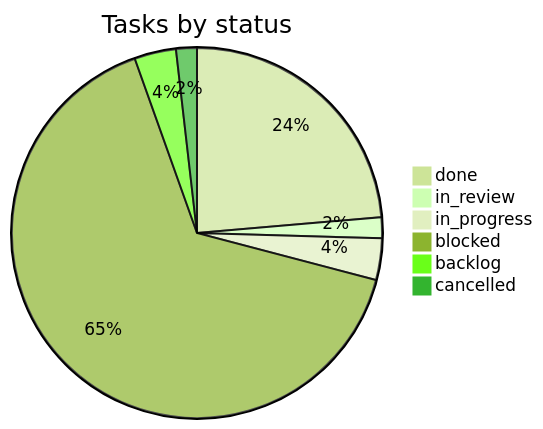
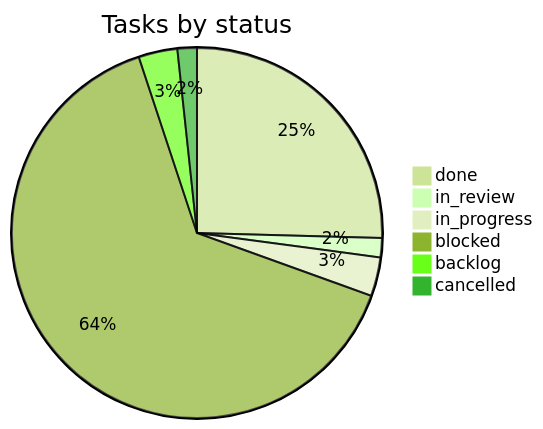
The second of 2 diagrams in PROGRESS.md (vulcanflow/docs), drawn with Mermaid (forest theme) before and after one commit. The commit also changed other lines of this file and 1 other file, not shown here.

````diff
--- a/PROGRESS.md
+++ b/PROGRESS.md
@@ -58,9 +58,9 @@
 ```mermaid
 pie title Tasks by status
-  "done" : 13
+  "done" : 15
   "in_review" : 1
   "in_progress" : 2
-  "blocked" : 36
+  "blocked" : 38
   "backlog" : 2
   "cancelled" : 1
 ```
````
